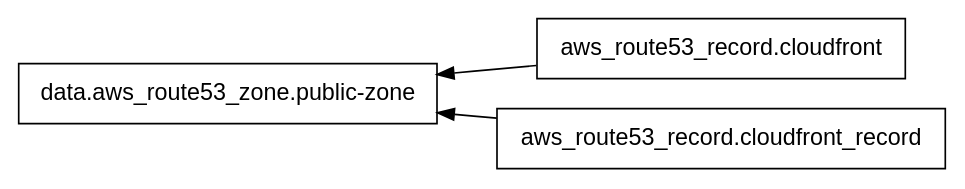
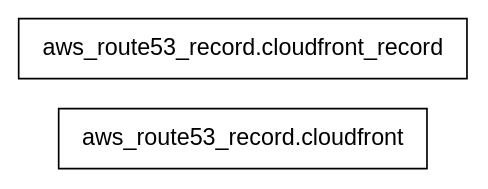
Before and after one commit to arsalanshaikh13/https-three-tier-architecture-aws-in-module-terraform: the diagram in terraform/hosting/route53/graph/graph-apply.dot, drawn with Graphviz. The commit also changed 16 other files, not shown here.

Commit message:
created version with route53 hosted zone creation check module/permissions/acm_route53

```diff
--- a/terraform/hosting/route53/graph/graph-apply.dot
+++ b/terraform/hosting/route53/graph/graph-apply.dot
@@ -1,9 +1,6 @@
 digraph G {
   rankdir = "RL";
   node [shape = rect, fontname = "sans-serif"];
-  "data.aws_route53_zone.public-zone" [label="data.aws_route53_zone.public-zone"];
   "aws_route53_record.cloudfront" [label="aws_route53_record.cloudfront"];
   "aws_route53_record.cloudfront_record" [label="aws_route53_record.cloudfront_record"];
-  "aws_route53_record.cloudfront" -> "data.aws_route53_zone.public-zone";
-  "aws_route53_record.cloudfront_record" -> "data.aws_route53_zone.public-zone";
 }
```
